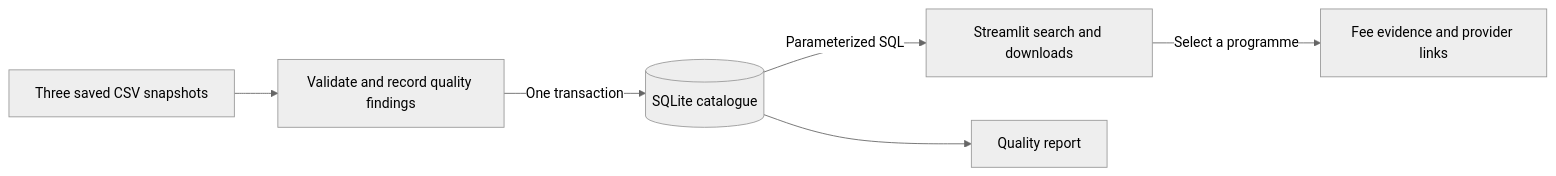
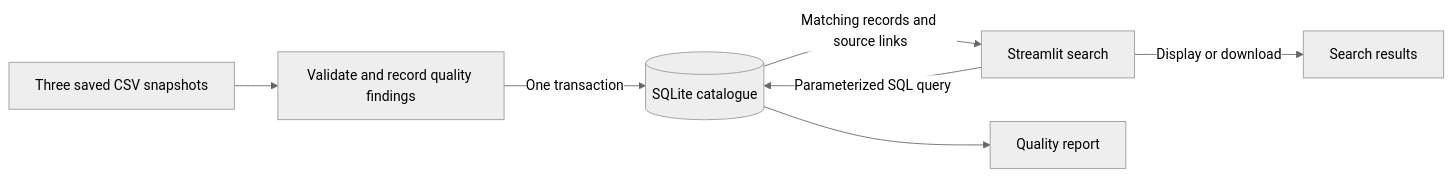
Before and after one commit to Itissn/nz-fee-portal: the diagram in README.md, drawn with Mermaid (neutral theme).

Commit message:
Clarify catalogue query and response directions (#13)

````diff
--- a/README.md
+++ b/README.md
@@ -13,8 +13,9 @@
 ```mermaid
 flowchart LR
     CSV[Three saved CSV snapshots] --> V[Validate and record quality findings]
     V -->|One transaction| DB[(SQLite catalogue)]
-    DB -->|Parameterized SQL| UI[Streamlit search and downloads]
-    UI -->|Select a programme| E[Fee evidence and provider links]
+    UI[Streamlit search] -->|Parameterized SQL query| DB
+    DB -->|Matching records and source links| UI
+    UI -->|Display or download| E[Search results]
     DB --> R[Quality report]
 ```
````
